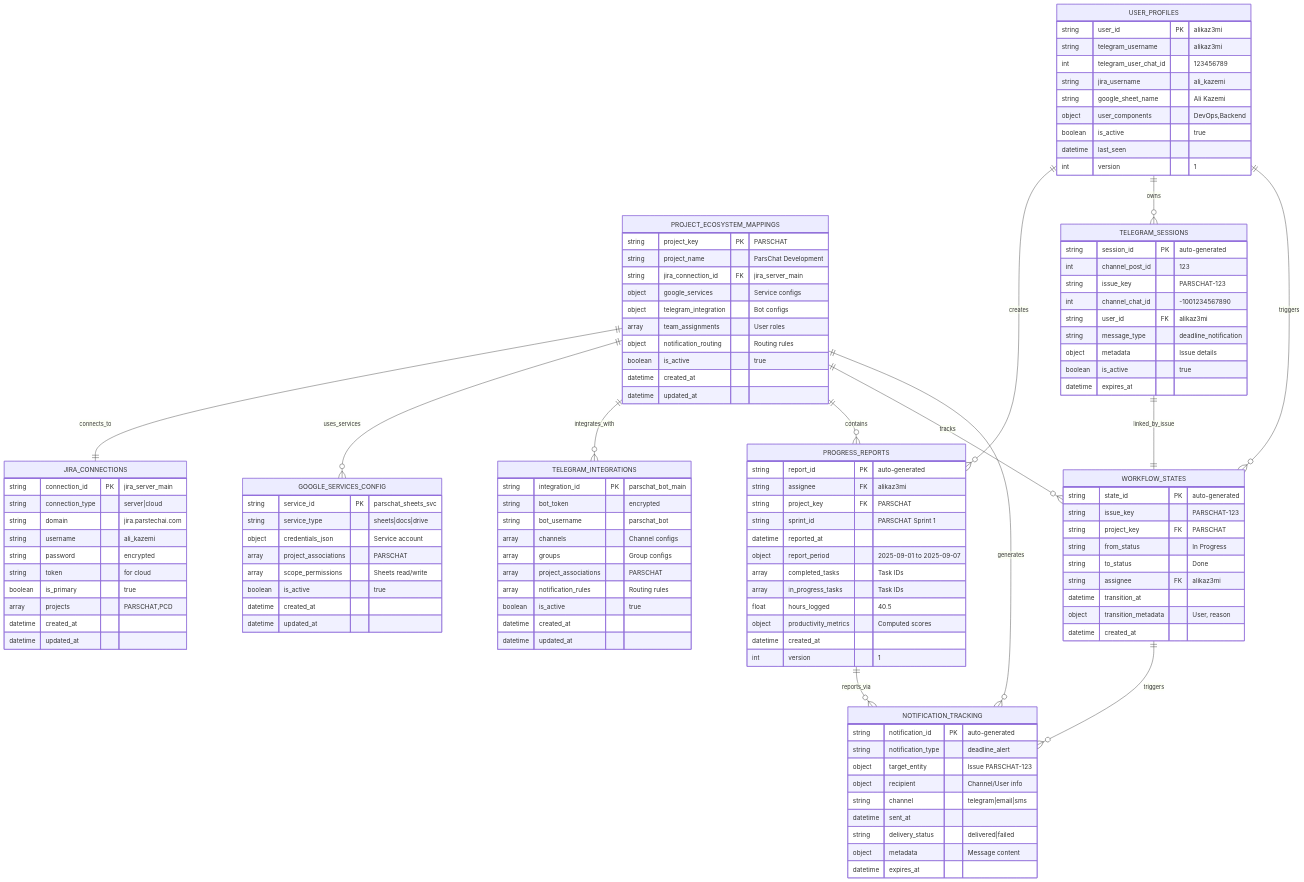
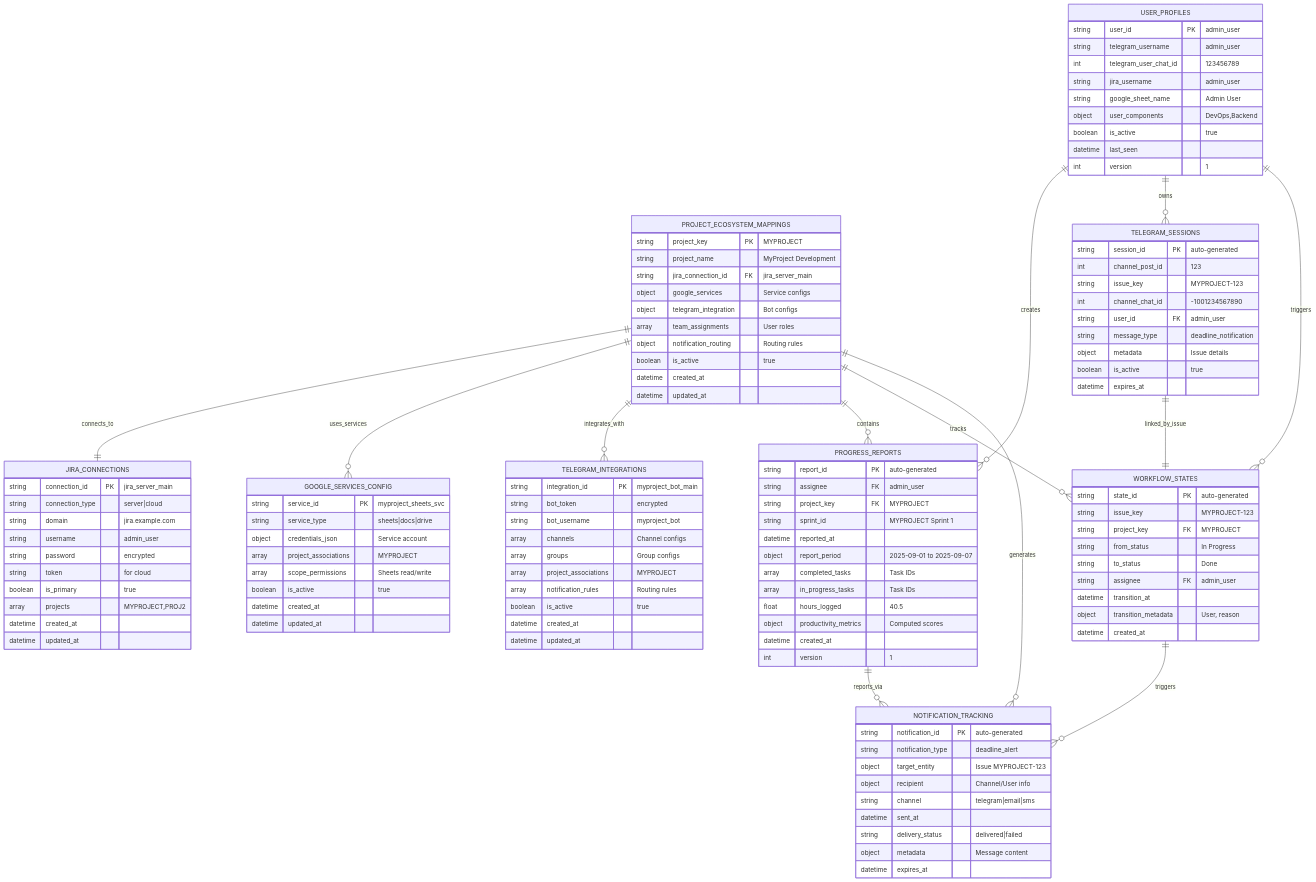
The fourth of 8 diagrams in docs/infrastructure/mongodb/mongodb-architecture-diagrams.md (alikaz3mi/jira-telegram-bot), drawn with Mermaid before and after one commit. The commit also changed other lines of this file and 80 other files, not shown here.

First line of the commit message:
Refactor project key references

````diff
--- a/docs/infrastructure/mongodb/mongodb-architecture-diagrams.md
+++ b/docs/infrastructure/mongodb/mongodb-architecture-diagrams.md
@@ -297,8 +297,8 @@
 ```mermaid
 erDiagram
     PROJECT_ECOSYSTEM_MAPPINGS {
-        string project_key PK "PARSCHAT"
-        string project_name "ParsChat Development"
+        string project_key PK "MYPROJECT"
+        string project_name "MyProject Development"
         string jira_connection_id FK "jira_server_main"
         object google_services "Service configs"
         object telegram_integration "Bot configs"
@@ -312,23 +312,23 @@
     JIRA_CONNECTIONS {
         string connection_id PK "jira_server_main"
         string connection_type "server|cloud"
-        string domain "jira.parstechai.com"
-        string username "ali_kazemi"
+        string domain "jira.example.com"
+        string username "admin_user"
         string password "encrypted"
         string token "for cloud"
         boolean is_primary "true"
-        array projects "PARSCHAT,PCD"
+        array projects "MYPROJECT,PROJ2"
         datetime created_at
         datetime updated_at
     }
 
     TELEGRAM_INTEGRATIONS {
-        string integration_id PK "parschat_bot_main"
+        string integration_id PK "myproject_bot_main"
         string bot_token "encrypted"
-        string bot_username "parschat_bot"
+        string bot_username "myproject_bot"
         array channels "Channel configs"
         array groups "Group configs"
-        array project_associations "PARSCHAT"
+        array project_associations "MYPROJECT"
         array notification_rules "Routing rules"
         boolean is_active "true"
         datetime created_at
@@ -336,10 +336,10 @@
     }
 
     GOOGLE_SERVICES_CONFIG {
-        string service_id PK "parschat_sheets_svc"
+        string service_id PK "myproject_sheets_svc"
         string service_type "sheets|docs|drive"
         object credentials_json "Service account"
-        array project_associations "PARSCHAT"
+        array project_associations "MYPROJECT"
         array scope_permissions "Sheets read/write"
         boolean is_active "true"
         datetime created_at
@@ -347,11 +347,11 @@
     }
 
     USER_PROFILES {
-        string user_id PK "alikaz3mi"
-        string telegram_username "alikaz3mi"
+        string user_id PK "admin_user"
+        string telegram_username "admin_user"
         int telegram_user_chat_id "123456789"
-        string jira_username "ali_kazemi"
-        string google_sheet_name "Ali Kazemi"
+        string jira_username "admin_user"
+        string google_sheet_name "Admin User"
         object user_components "DevOps,Backend"
         boolean is_active "true"
         datetime last_seen
@@ -360,9 +360,9 @@
 
     PROGRESS_REPORTS {
         string report_id PK "auto-generated"
-        string assignee FK "alikaz3mi"
-        string project_key FK "PARSCHAT"
-        string sprint_id "PARSCHAT Sprint 1"
+        string assignee FK "admin_user"
+        string project_key FK "MYPROJECT"
+        string sprint_id "MYPROJECT Sprint 1"
         datetime reported_at
         object report_period "2025-09-01 to 2025-09-07"
         array completed_tasks "Task IDs"
@@ -376,9 +376,9 @@
     TELEGRAM_SESSIONS {
         string session_id PK "auto-generated"
         int channel_post_id "123"
-        string issue_key "PARSCHAT-123"
+        string issue_key "MYPROJECT-123"
         int channel_chat_id "-1001234567890"
-        string user_id FK "alikaz3mi"
+        string user_id FK "admin_user"
         string message_type "deadline_notification"
         object metadata "Issue details"
         boolean is_active "true"
@@ -388,7 +388,7 @@
     NOTIFICATION_TRACKING {
         string notification_id PK "auto-generated"
         string notification_type "deadline_alert"
-        object target_entity "Issue PARSCHAT-123"
+        object target_entity "Issue MYPROJECT-123"
         object recipient "Channel/User info"
         string channel "telegram|email|sms"
         datetime sent_at
@@ -399,11 +399,11 @@
 
     WORKFLOW_STATES {
         string state_id PK "auto-generated"
-        string issue_key "PARSCHAT-123"
-        string project_key FK "PARSCHAT"
+        string issue_key "MYPROJECT-123"
+        string project_key FK "MYPROJECT"
         string from_status "In Progress"
         string to_status "Done"
-        string assignee FK "alikaz3mi"
+        string assignee FK "admin_user"
         datetime transition_at
         object transition_metadata "User, reason"
         datetime created_at
````
